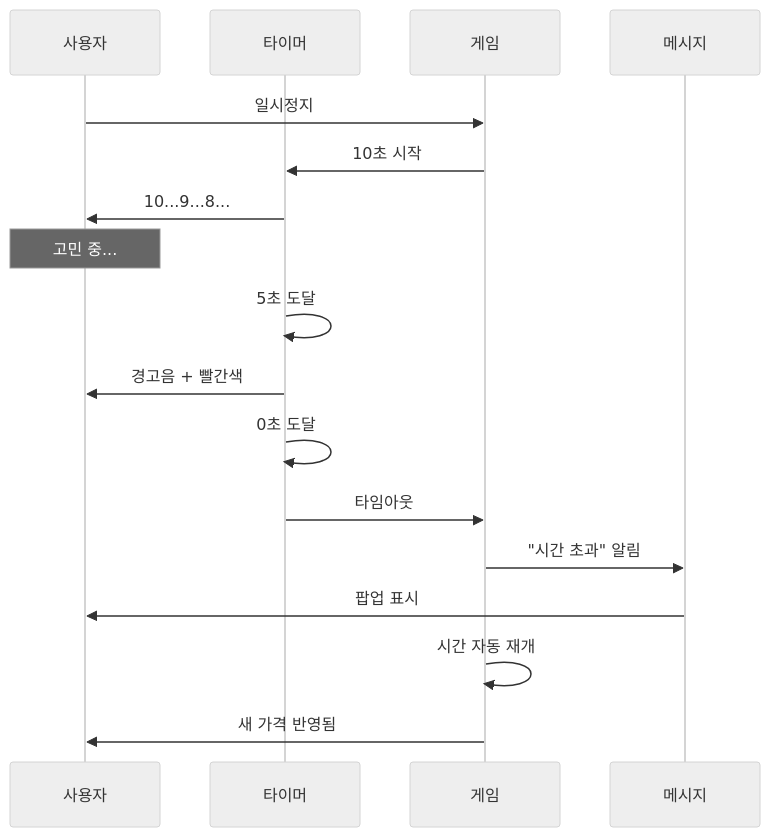
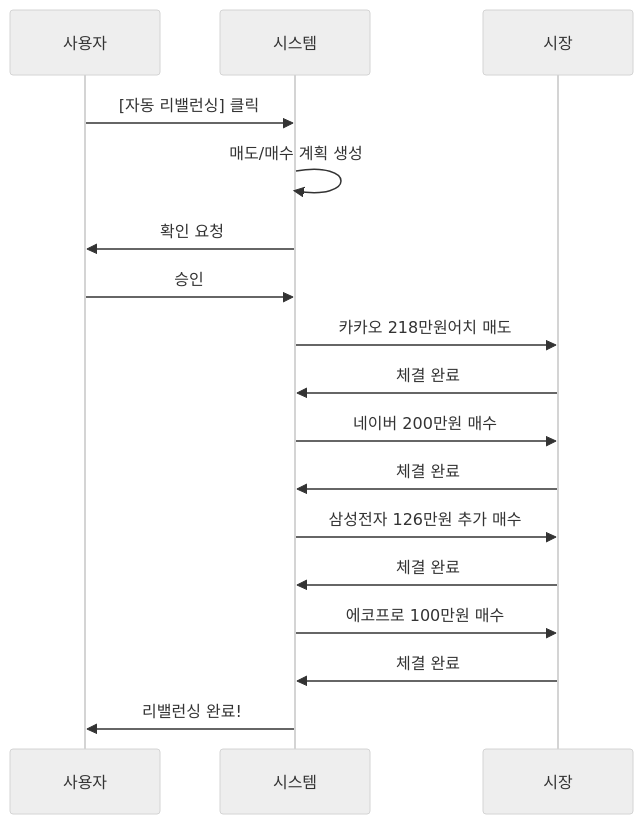
The fifth of 5 diagrams in document/user_scenarios.md (Collegenie-X/stock_simulation), drawn with Mermaid (neutral theme) before and after one commit. The commit also changed other lines of this file and 7 other files, not shown here.

````diff
--- a/document/user_scenarios.md
+++ b/document/user_scenarios.md
@@ -528,20 +1019,26 @@
 ```mermaid
 sequenceDiagram
     participant U as 사용자
-    participant T as 타이머
-    participant G as 게임
-    participant M as 메시지
+    participant S as 시스템
+    participant M as 시장
     
-    U->>G: 일시정지
-    G->>T: 10초 시작
-    T->>U: 10...9...8...
-    Note over U: 고민 중...
-    T->>T: 5초 도달
-    T->>U: 경고음 + 빨간색
-    T->>T: 0초 도달
-    T->>G: 타임아웃
-    G->>M: "시간 초과" 알림
-    M->>U: 팝업 표시
-    G->>G: 시간 자동 재개
-    G->>U: 새 가격 반영됨
+    U->>S: [자동 리밸런싱] 클릭
+    S->>S: 매도/매수 계획 생성
+    S->>U: 확인 요청
+    
+    U->>S: 승인
+    
+    S->>M: 카카오 218만원어치 매도
+    M->>S: 체결 완료
+    
+    S->>M: 네이버 200만원 매수
+    M->>S: 체결 완료
+    
+    S->>M: 삼성전자 126만원 추가 매수
+    M->>S: 체결 완료
+    
+    S->>M: 에코프로 100만원 매수
+    M->>S: 체결 완료
+    
+    S->>U: 리밸런싱 완료!
 ```
````
